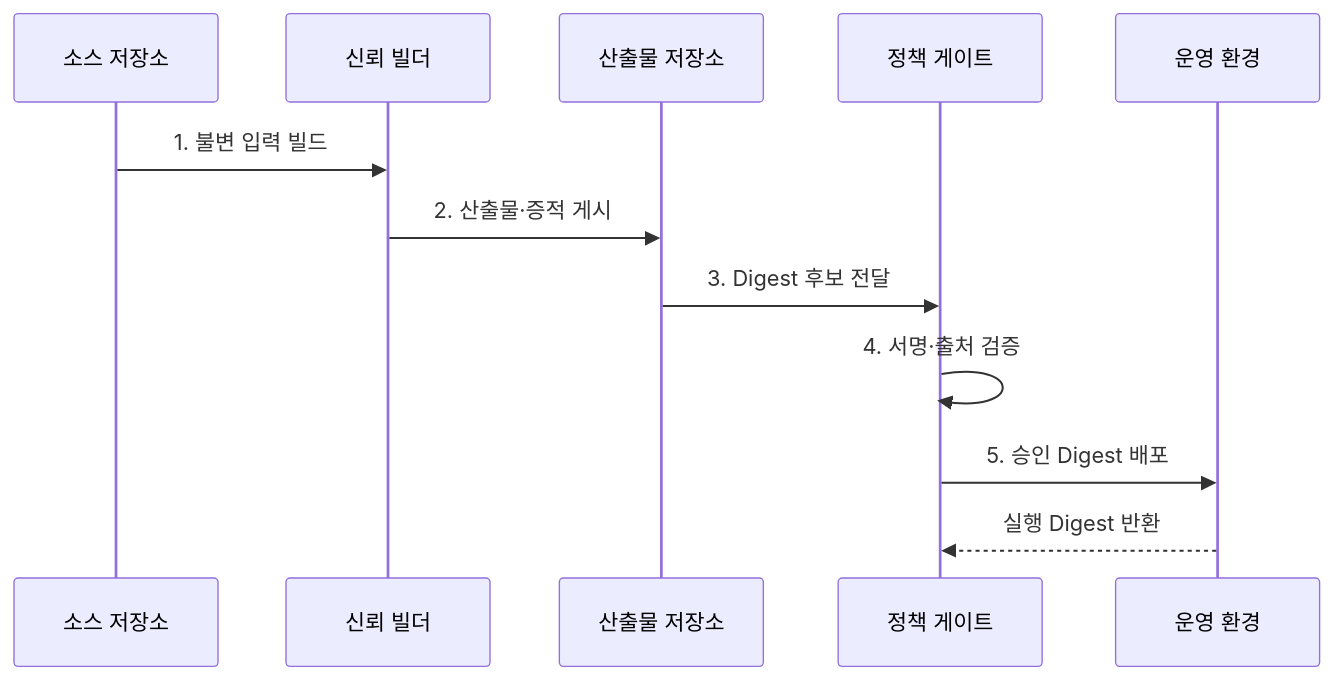
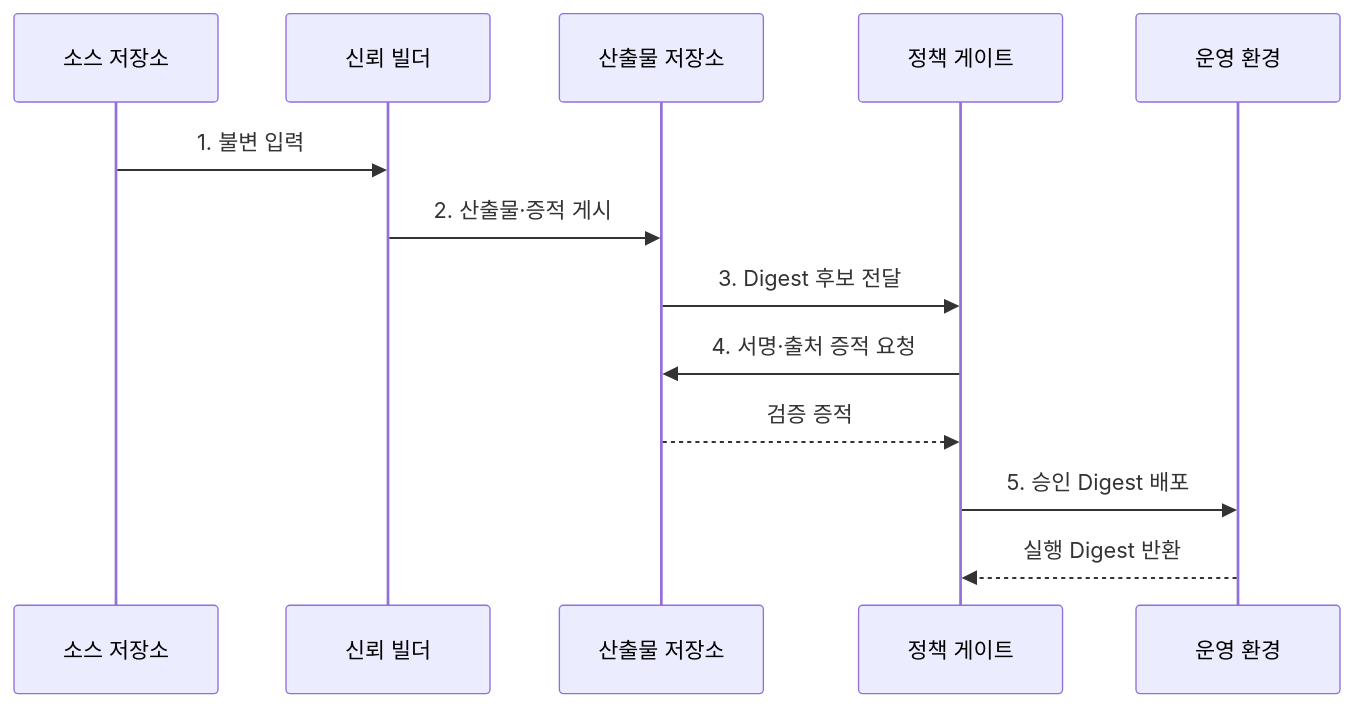
Before and after one commit to agnusdei1207/knowledge-base: the second of 2 diagrams in src/content/docs/notes/03-software/185_software_supply_chain_security.md, drawn with Mermaid. The commit also changed other lines of this file and 20 other files, not shown here.

````diff
--- a/src/content/docs/notes/03-software/185_software_supply_chain_security.md
+++ b/src/content/docs/notes/03-software/185_software_supply_chain_security.md
@@ -84,14 +86,15 @@
 ```mermaid
 sequenceDiagram
     participant S as 소스 저장소
     participant B as 신뢰 빌더
     participant R as 산출물 저장소
     participant G as 정책 게이트
     participant O as 운영 환경
-    S->>B: 1. 불변 입력 빌드
+    S->>B: 1. 불변 입력
     B->>R: 2. 산출물·증적 게시
     R->>G: 3. Digest 후보 전달
-    G->>G: 4. 서명·출처 검증
+    G->>R: 4. 서명·출처 증적 요청
+    R-->>G: 검증 증적
     G->>O: 5. 승인 Digest 배포
     O-->>G: 실행 Digest 반환
 ```
````
